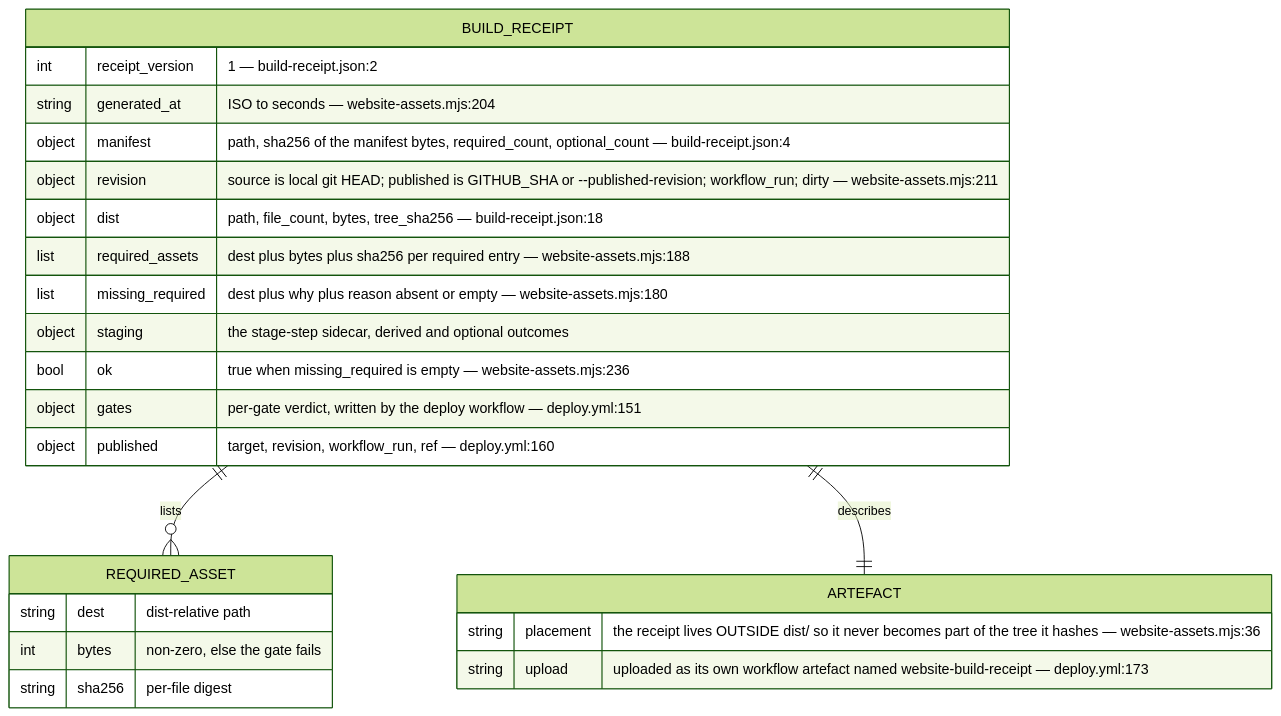
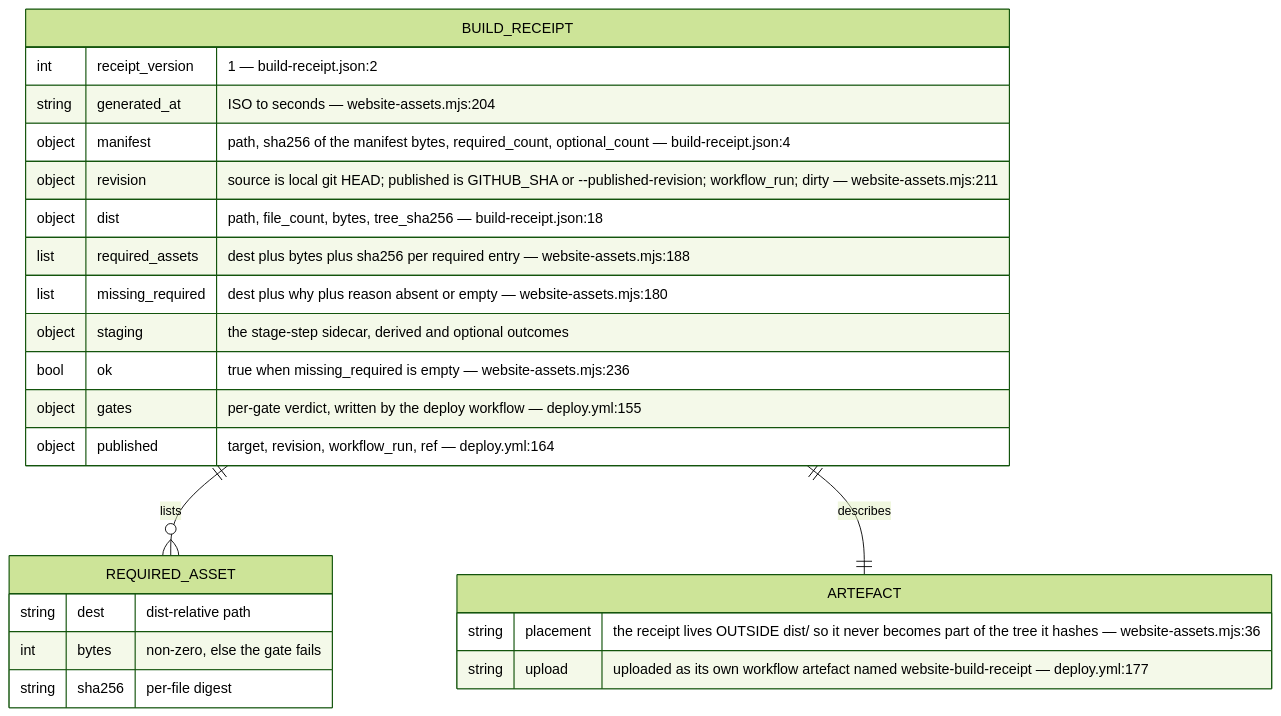
One commit to DreamLab-AI/VisionFlow changed the fifth of 12 diagrams in docs/diagrams/visionflow/02-website-build-and-deploy.md. Above: the diagram before and after it, drawn with Mermaid (forest theme). The commit also changed other lines of this file and 20 other files, not shown here.

Commit message:
docs(diagrams): reflect the S-3, S-7c/d/f and S-4(3) fixes in the corpus

````diff
--- a/docs/diagrams/visionflow/02-website-build-and-deploy.md
+++ b/docs/diagrams/visionflow/02-website-build-and-deploy.md
@@ -161,27 +163,27 @@
 ```mermaid
 erDiagram
     BUILD_RECEIPT {
         int receipt_version "1 — build-receipt.json:2"
         string generated_at "ISO to seconds — website-assets.mjs:204"
         object manifest "path, sha256 of the manifest bytes, required_count, optional_count — build-receipt.json:4"
         object revision "source is local git HEAD; published is GITHUB_SHA or --published-revision; workflow_run; dirty — website-assets.mjs:211"
         object dist "path, file_count, bytes, tree_sha256 — build-receipt.json:18"
         list required_assets "dest plus bytes plus sha256 per required entry — website-assets.mjs:188"
         list missing_required "dest plus why plus reason absent or empty — website-assets.mjs:180"
         object staging "the stage-step sidecar, derived and optional outcomes"
         bool ok "true when missing_required is empty — website-assets.mjs:236"
-        object gates "per-gate verdict, written by the deploy workflow — deploy.yml:151"
-        object published "target, revision, workflow_run, ref — deploy.yml:160"
+        object gates "per-gate verdict, written by the deploy workflow — deploy.yml:155"
+        object published "target, revision, workflow_run, ref — deploy.yml:164"
     }
     REQUIRED_ASSET {
         string dest "dist-relative path"
         int bytes "non-zero, else the gate fails"
         string sha256 "per-file digest"
     }
     ARTEFACT {
         string placement "the receipt lives OUTSIDE dist/ so it never becomes part of the tree it hashes — website-assets.mjs:36"
-        string upload "uploaded as its own workflow artefact named website-build-receipt — deploy.yml:173"
+        string upload "uploaded as its own workflow artefact named website-build-receipt — deploy.yml:177"
     }
     BUILD_RECEIPT ||--o{ REQUIRED_ASSET : lists
     BUILD_RECEIPT ||--|| ARTEFACT : describes
 ```
````
